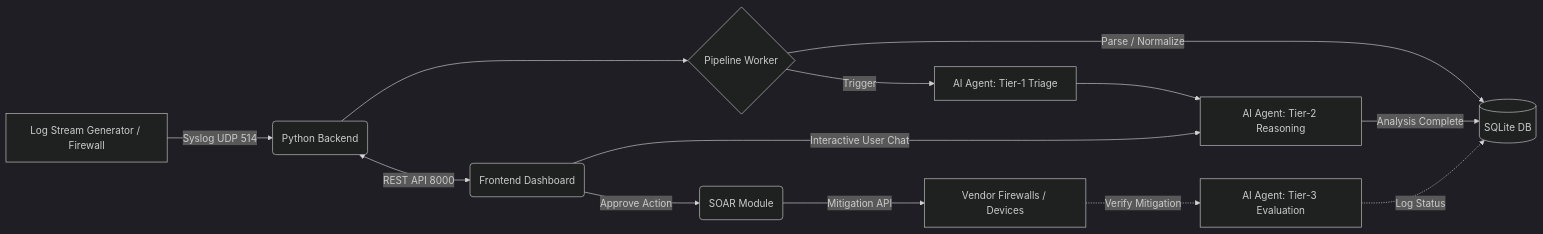
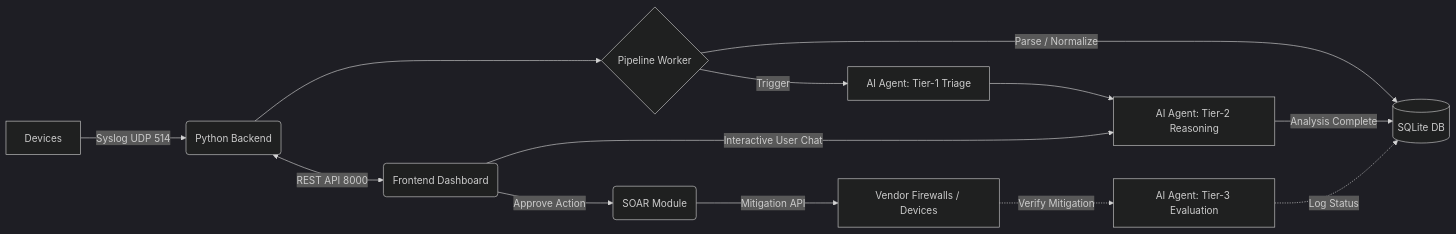
One commit to GitHappens-net/SOCrates changed the diagram in README.md. Above: the diagram before and after it, drawn with Mermaid (dark theme). The commit also changed other lines of this file and 2 other files, not shown here.

````diff
--- a/README.md
+++ b/README.md
@@ -23,15 +25,15 @@
 ```mermaid
 graph LR
-    A[Log Stream Generator / Firewall] -->|Syslog UDP 514| B(Python Backend)
+    A[Devices] -->|Syslog UDP 514| B(Python Backend)
     B --> C{Pipeline Worker}
     C -->|Parse / Normalize| D[(SQLite DB)]
     C -->|Trigger| E[AI Agent: Tier-1 Triage]
     E --> F[AI Agent: Tier-2 Reasoning]
     F -->|Analysis Complete| D
     B <-->|REST API 8000| G(Frontend Dashboard)
     G -->|Interactive User Chat| F
     G -->|Approve Action| H(SOAR Module)
     H -->|Mitigation API| I[Vendor Firewalls / Devices]
     I -.->|Verify Mitigation| J[AI Agent: Tier-3 Evaluation]
     J -.->|Log Status| D
 ```
````
